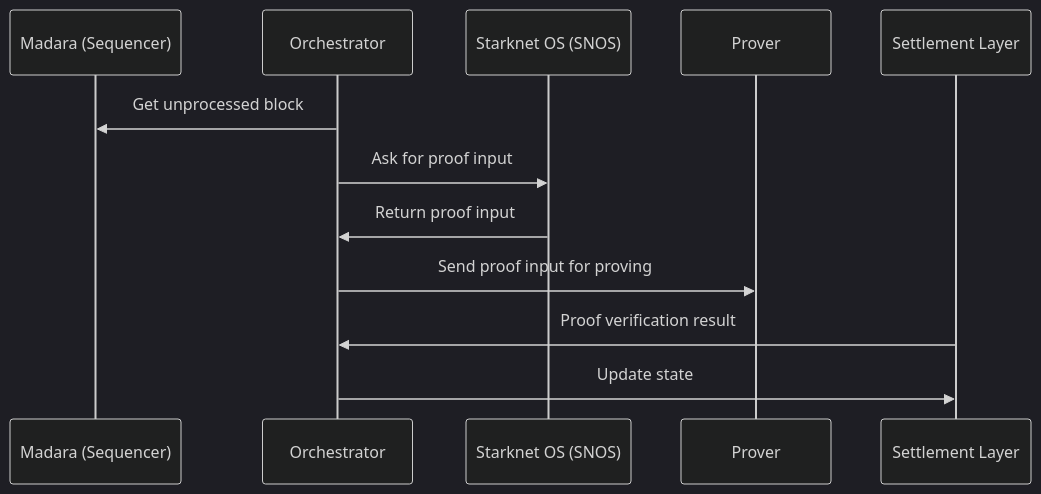
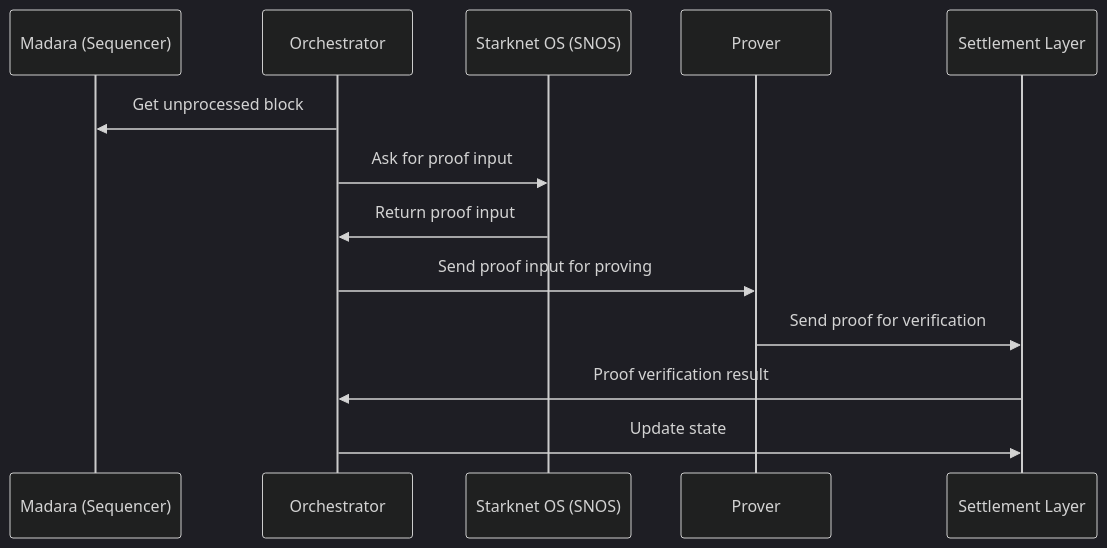
One commit to walnuthq/madara-docs changed the diagram in docs/components/orchestrator.md. Above: the diagram before and after it, drawn with Mermaid (dark theme).

Commit message:
Added a missing reference

````diff
--- a/docs/components/orchestrator.md
+++ b/docs/components/orchestrator.md
@@ -28,19 +28,20 @@
 ```mermaid
 sequenceDiagram
 
     participant Sequencer as Madara (Sequencer)
     participant Orchestrator
     participant SNOS as Starknet OS (SNOS)
     participant Prover
     participant Verifier as Settlement Layer
 
     Orchestrator ->> Sequencer: Get unprocessed block
 
     Orchestrator ->> SNOS: Ask for proof input
     SNOS ->> Orchestrator: Return proof input
     
     Orchestrator ->> Prover: Send proof input for proving
+    Prover ->> Verifier: Send proof for verification
+
     Verifier ->> Orchestrator: Proof verification result
-
     Orchestrator ->> Verifier: Update state
 ```
````
